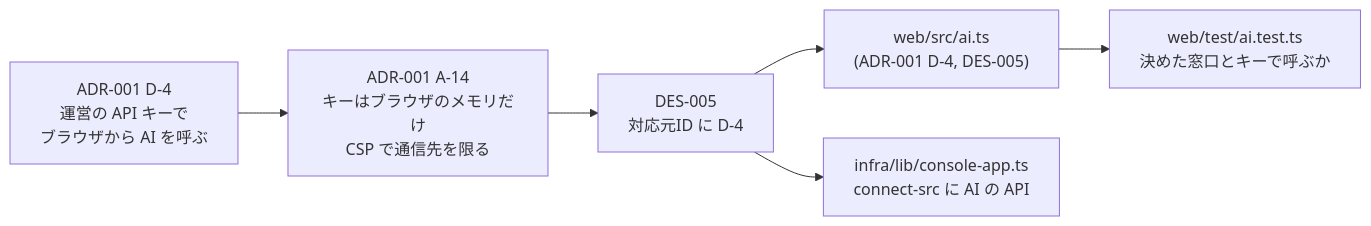
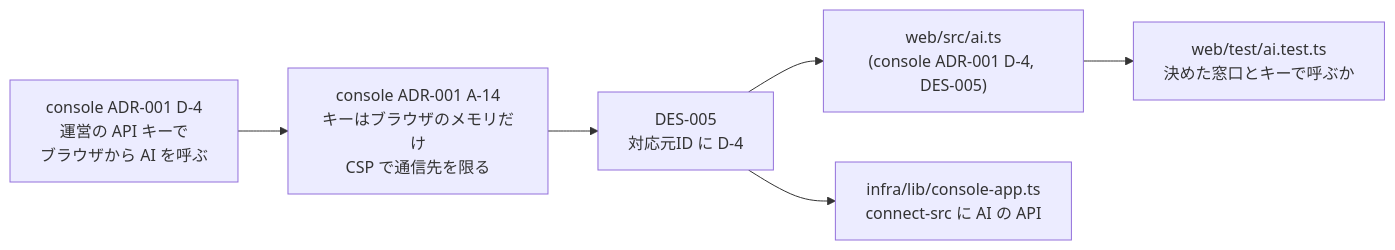
The second of 2 diagrams in 09-console/05-docs.md (duwenji/yorisoi-tutorial), drawn with Mermaid before and after one commit. The commit also changed other lines of this file and 80 other files, not shown here.

````diff
--- a/09-console/05-docs.md
+++ b/09-console/05-docs.md
@@ -109,8 +114,8 @@
 ```mermaid
 flowchart LR
-    D4["ADR-001 D-4<br/>運営の API キーで<br/>ブラウザから AI を呼ぶ"] --> A14["ADR-001 A-14<br/>キーはブラウザのメモリだけ<br/>CSP で通信先を限る"]
+    D4["console ADR-001 D-4<br/>運営の API キーで<br/>ブラウザから AI を呼ぶ"] --> A14["console ADR-001 A-14<br/>キーはブラウザのメモリだけ<br/>CSP で通信先を限る"]
     A14 --> DES5["DES-005<br/>対応元ID に D-4"]
-    DES5 --> AI["web/src/ai.ts<br/>(ADR-001 D-4, DES-005)"]
+    DES5 --> AI["web/src/ai.ts<br/>(console ADR-001 D-4, DES-005)"]
     DES5 --> CSP["infra/lib/console-app.ts<br/>connect-src に AI の API"]
     AI --> T["web/test/ai.test.ts<br/>決めた窓口とキーで呼ぶか"]
 ```
````
